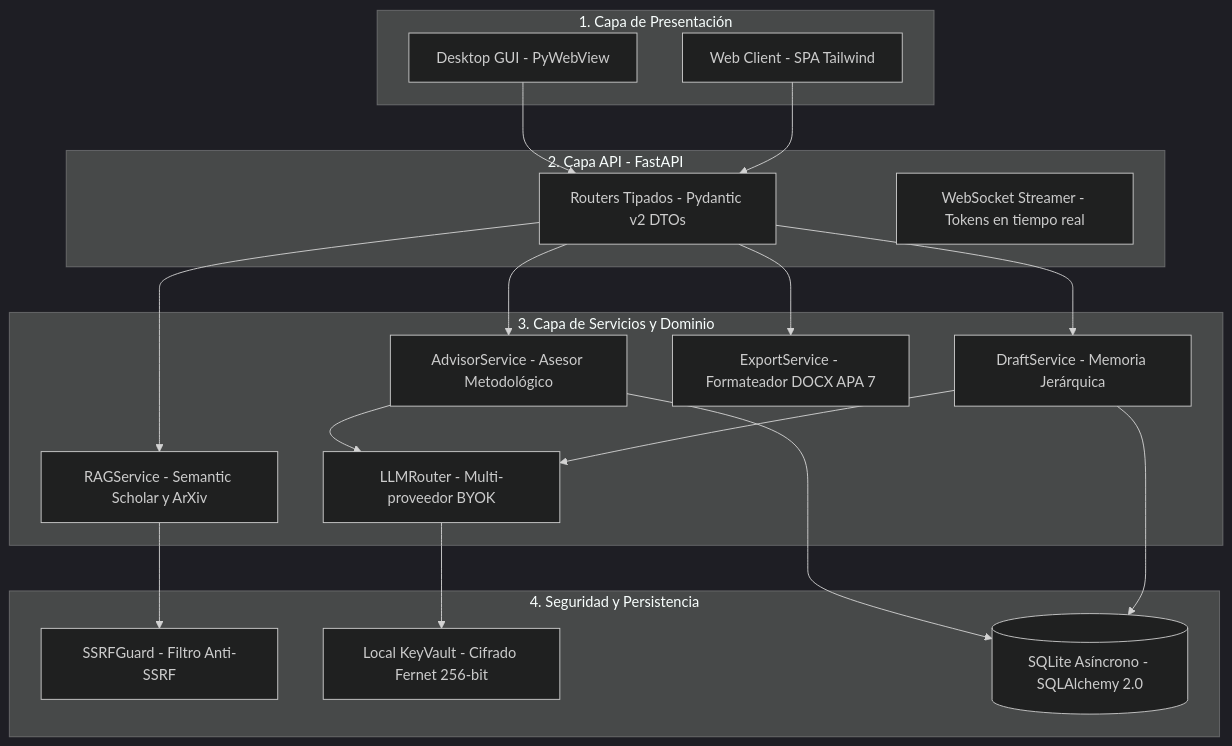
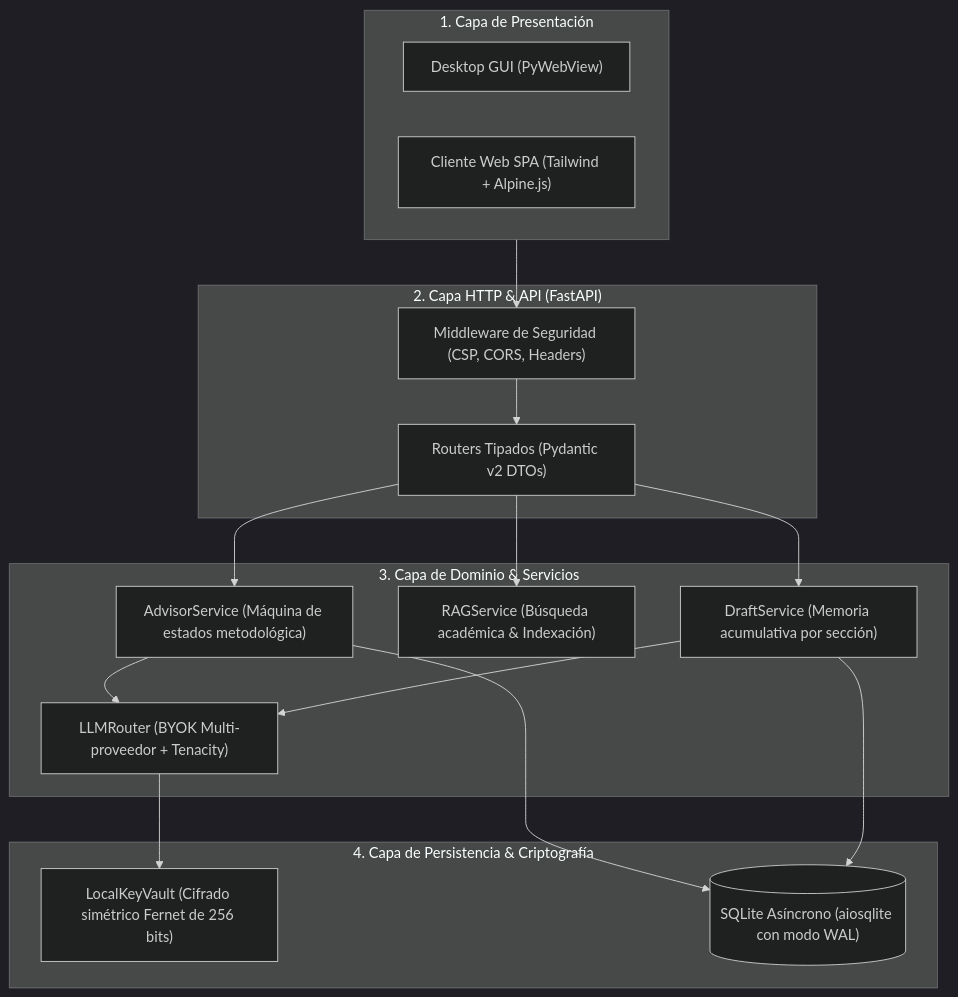
Before and after one commit to oscarbol09/thesisforge: the diagram in README.md, drawn with Mermaid (dark theme). The commit also changed other lines of this file and 6 other files, not shown here.

First line of the commit message:
docs(arch): add system architecture specification and update project documentation

````diff
--- a/README.md
+++ b/README.md
@@ -108,39 +87,35 @@
 ```mermaid
 flowchart TD
-    subgraph Presentacion [1. Capa de Presentación]
-        DESK[Desktop GUI - PyWebView]
-        WEB[Web Client - SPA Tailwind]
+    subgraph UI ["1. Capa de Presentación"]
+        DESK["Desktop GUI (PyWebView)"]
+        WEB["Cliente Web SPA (Tailwind + Alpine.js)"]
     end
 
-    subgraph API [2. Capa API - FastAPI]
-        ROUTERS[Routers Tipados - Pydantic v2 DTOs]
-        WS[WebSocket Streamer - Tokens en tiempo real]
+    subgraph API ["2. Capa HTTP & API (FastAPI)"]
+        ROUTERS["Routers Tipados (Pydantic v2 DTOs)"]
+        SEC_MW["Middleware de Seguridad (CSP, CORS, Headers)"]
     end
 
-    subgraph Servicios [3. Capa de Servicios y Dominio]
-        ADV[AdvisorService - Asesor Metodológico]
-        RAG[RAGService - Semantic Scholar y ArXiv]
-        DRAFT[DraftService - Memoria Jerárquica]
-        EXP[ExportService - Formateador DOCX APA 7]
-        LLM[LLMRouter - Multi-proveedor BYOK]
+    subgraph Core ["3. Capa de Dominio & Servicios"]
+        ADV["AdvisorService (Máquina de estados metodológica)"]
+        RAG["RAGService (Búsqueda académica & Indexación)"]
+        DRAFT["DraftService (Memoria acumulativa por sección)"]
+        ROUTER_LLM["LLMRouter (BYOK Multi-proveedor + Tenacity)"]
     end
 
-    subgraph SeguridadPersistencia [4. Seguridad y Persistencia]
-        SSRF[SSRFGuard - Filtro Anti-SSRF]
-        VAULT[Local KeyVault - Cifrado Fernet 256-bit]
-        DB[(SQLite Asíncrono - SQLAlchemy 2.0)]
+    subgraph Persistencia ["4. Capa de Persistencia & Criptografía"]
+        VAULT["LocalKeyVault (Cifrado simétrico Fernet de 256 bits)"]
+        DB[("SQLite Asíncrono (aiosqlite con modo WAL)")]
     end
 
-    DESK --> ROUTERS
-    WEB --> ROUTERS
+    UI --> SEC_MW
+    SEC_MW --> ROUTERS
     ROUTERS --> ADV
     ROUTERS --> RAG
     ROUTERS --> DRAFT
-    ROUTERS --> EXP
-    ADV --> LLM
-    DRAFT --> LLM
-    RAG --> SSRF
-    LLM --> VAULT
+    ADV --> ROUTER_LLM
+    DRAFT --> ROUTER_LLM
+    ROUTER_LLM --> VAULT
     ADV --> DB
     DRAFT --> DB
 ```
````
